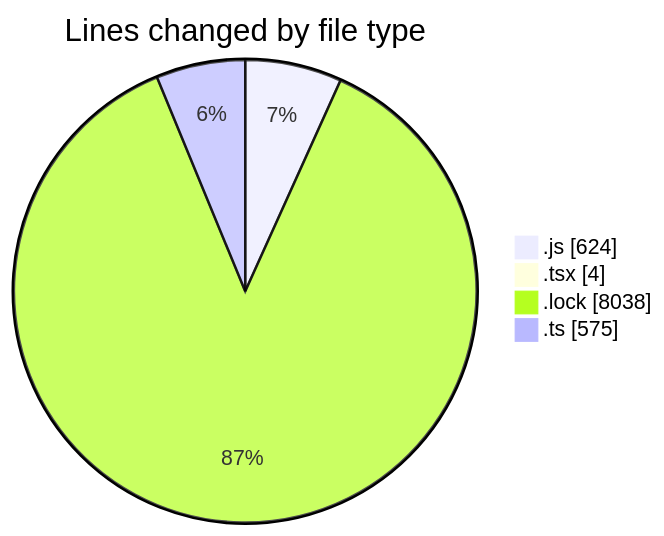
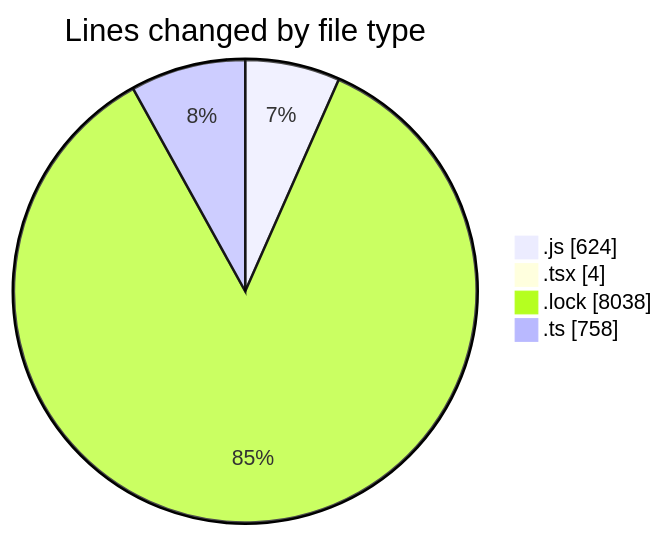
The first of 2 diagrams in 2025-03-11/cda/README.md (momahboobian/code-tracking), drawn with Mermaid before and after one commit. The commit also changed other lines of this file and 1 other file, not shown here.

````diff
--- a/2025-03-11/cda/README.md
+++ b/2025-03-11/cda/README.md
@@ -34,8 +35,8 @@
 ```mermaid
 pie showData
 title Lines changed by file type
 ".js" : 624
 ".tsx" : 4
 ".lock" : 8038
-".ts" : 575
+".ts" : 758
 ```
````
